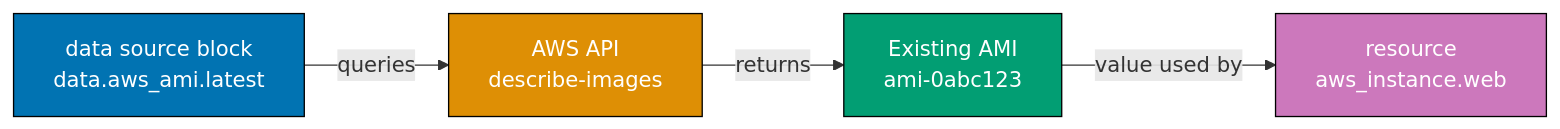
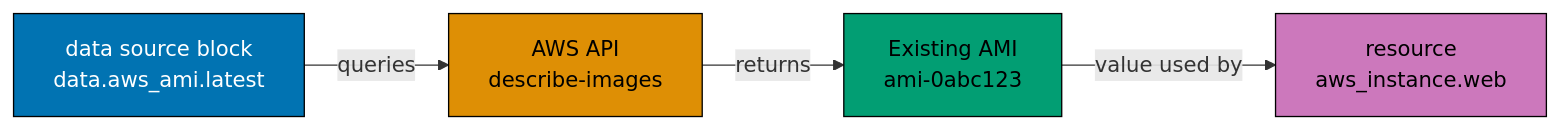
Before and after one commit to wahidyankf/ose-public: the fifth of 9 diagrams in apps/ayokoding-www/content/en/learn/legacy/software-engineering/infrastructure/infrastructure-as-code/by-example/beginner.md, drawn with Mermaid. The commit also changed other lines of this file and 131 other files, not shown here.

First line of the commit message:
fix(mermaid): bring the legacy data, infrastructure, and testing diagrams onto the accessible palette

````diff
--- a/apps/ayokoding-www/content/en/learn/legacy/software-engineering/infrastructure/infrastructure-as-code/by-example/beginner.md
+++ b/apps/ayokoding-www/content/en/learn/legacy/software-engineering/infrastructure/infrastructure-as-code/by-example/beginner.md
@@ -661,16 +687,23 @@
 ```mermaid
 graph LR
+    accTitle: Example 15: Data Sources
+    accDescr: Graph with 4 nodes and 3 connections. Nodes: data source block data.aws_ami.latest, AWS API describe-images, Existing AMI ami-0abc123, resource aws_instance.web. Connections: data source block data.aws_ami.latest to AWS API describe-images (queries), AWS API describe-images to Existing AMI ami-0abc123 (returns), Existing AMI ami-0abc123 to resource aws_instance.web (value used by).
     A["data source block<br/>data.aws_ami.latest"]
     B["AWS API<br/>describe-images"]
     C["Existing AMI<br/>ami-0abc123"]
     D["resource<br/>aws_instance.web"]
 
     A -->|queries| B
     B -->|returns| C
     C -->|value used by| D
 
-    style A fill:#0173B2,stroke:#000,color:#fff
-    style B fill:#DE8F05,stroke:#000,color:#fff
-    style C fill:#029E73,stroke:#000,color:#fff
-    style D fill:#CC78BC,stroke:#000,color:#fff
+    classDef pal-0173B2 fill:#0173B2,stroke:#000000,color:#FFFFFF
+    class A pal-0173B2
+    classDef pal-DE8F05 fill:#DE8F05,stroke:#000000,color:#000000
+    class B pal-DE8F05
+    classDef pal-029E73 fill:#029E73,stroke:#000000,color:#000000
+    class C pal-029E73
+    classDef pal-CC78BC fill:#CC78BC,stroke:#000000,color:#000000
+    class D pal-CC78BC
+    classDef default fill:#FFFFFF,stroke:#000000,color:#000000
 ```
````
